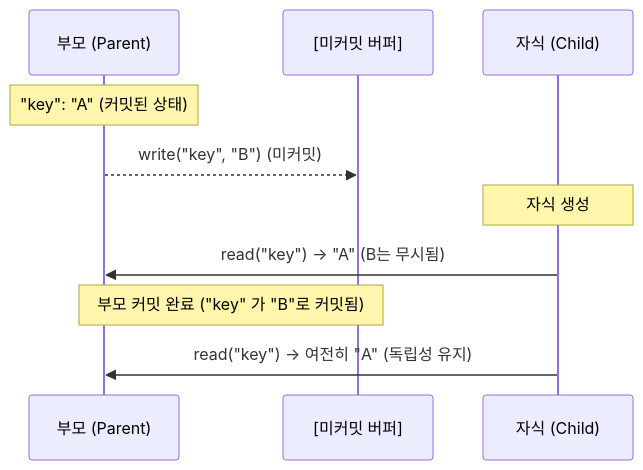
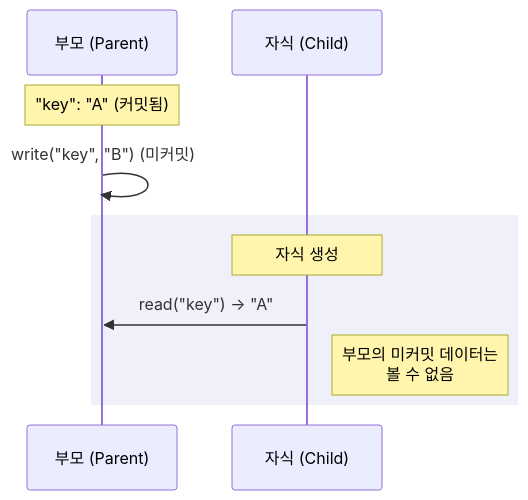
The diagram in README.ko.md (izure1/mvcc-api), drawn with Mermaid before and after one commit. The commit also changed other lines of this file and 2 other files, not shown here.

````diff
--- a/README.ko.md
+++ b/README.ko.md
@@ -84,15 +59,14 @@
 ```mermaid
 sequenceDiagram
     participant P as 부모 (Parent)
-    participant B as [미커밋 버퍼]
     participant C as 자식 (Child)
 
-    Note over P: "key": "A" (커밋된 상태)
-    P-->>B: write("key", "B") (미커밋)
+    Note over P: "key": "A" (커밋됨)
+    P->>P: write("key", "B") (미커밋)
     
+    rect rgb(240,240,250)
     Note over C: 자식 생성
-    C->>P: read("key") -> "A" (B는 무시됨)
-
-    Note over P,B: 부모 커밋 완료 ("key" 가 "B"로 커밋됨)
-    C->>P: read("key") -> 여전히 "A" (독립성 유지)
+    C->>P: read("key") → "A"
+    Note right of C: 부모의 미커밋 데이터는<br/>볼 수 없음
+    end
 ```
````
